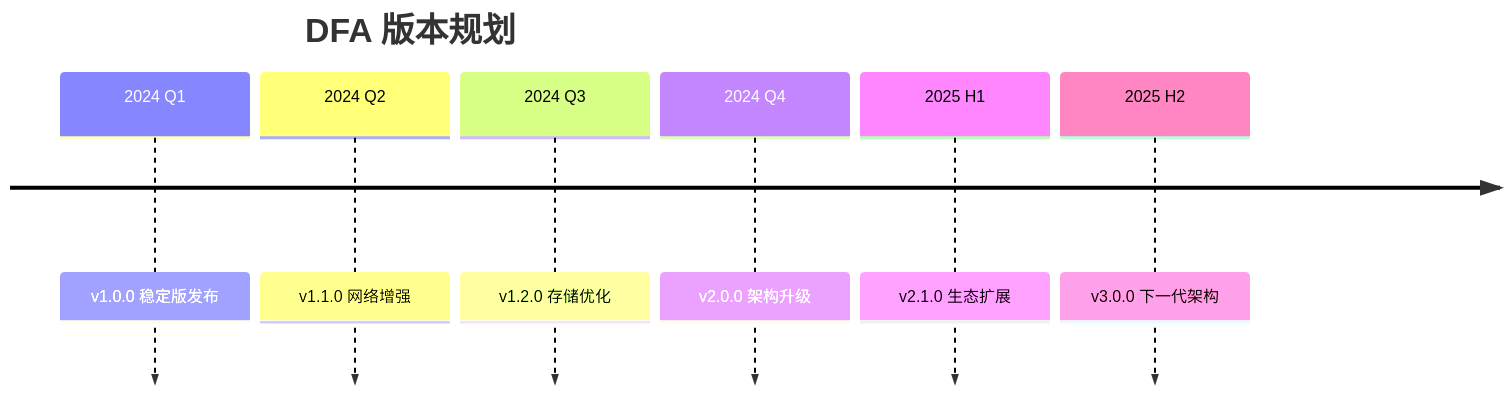
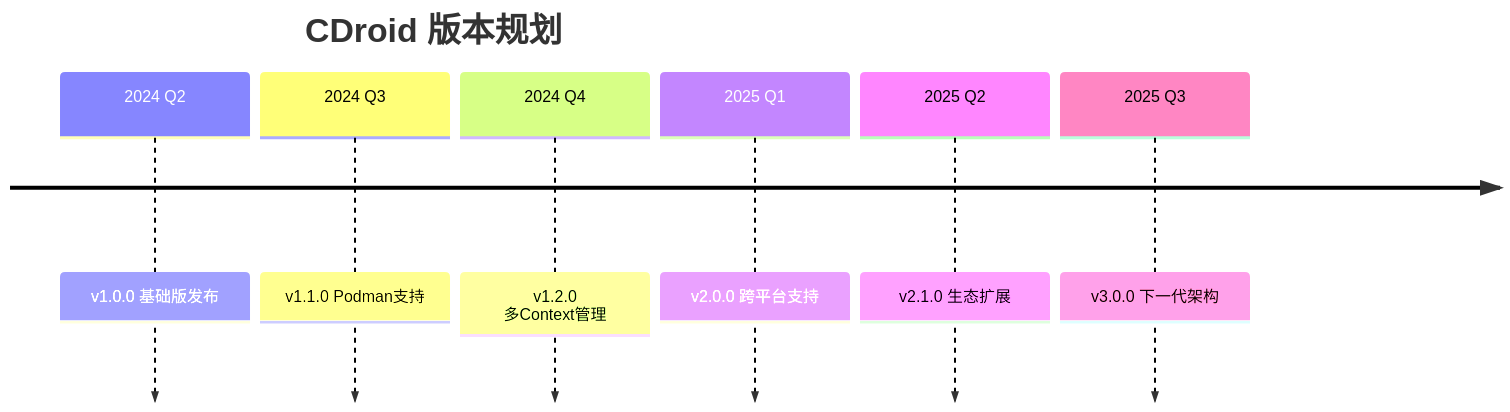
The first of 6 diagrams in docs/ROADMAP.md (LineCatOvO/DFA), drawn with Mermaid before and after one commit. The commit also changed other lines of this file and 25 other files, not shown here.

````diff
--- a/docs/ROADMAP.md
+++ b/docs/ROADMAP.md
@@ -18,10 +18,10 @@
 ```mermaid
 timeline
-    title DFA 版本规划
-    2024 Q1 : v1.0.0 稳定版发布
-    2024 Q2 : v1.1.0 网络增强
-    2024 Q3 : v1.2.0 存储优化
-    2024 Q4 : v2.0.0 架构升级
-    2025 H1 : v2.1.0 生态扩展
-    2025 H2 : v3.0.0 下一代架构
+    title CDroid 版本规划
+    2024 Q2 : v1.0.0 基础版发布
+    2024 Q3 : v1.1.0 Podman支持
+    2024 Q4 : v1.2.0 多Context管理
+    2025 Q1 : v2.0.0 跨平台支持
+    2025 Q2 : v2.1.0 生态扩展
+    2025 Q3 : v3.0.0 下一代架构
 ```
````
